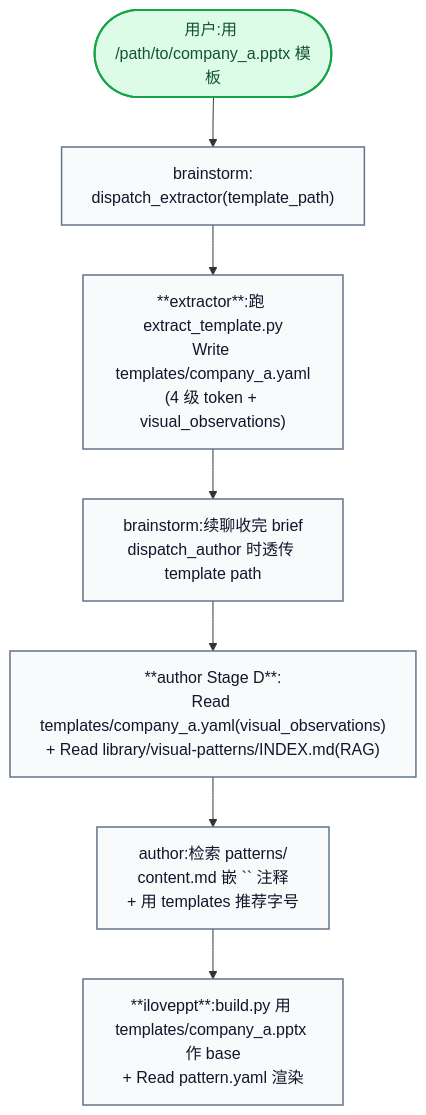
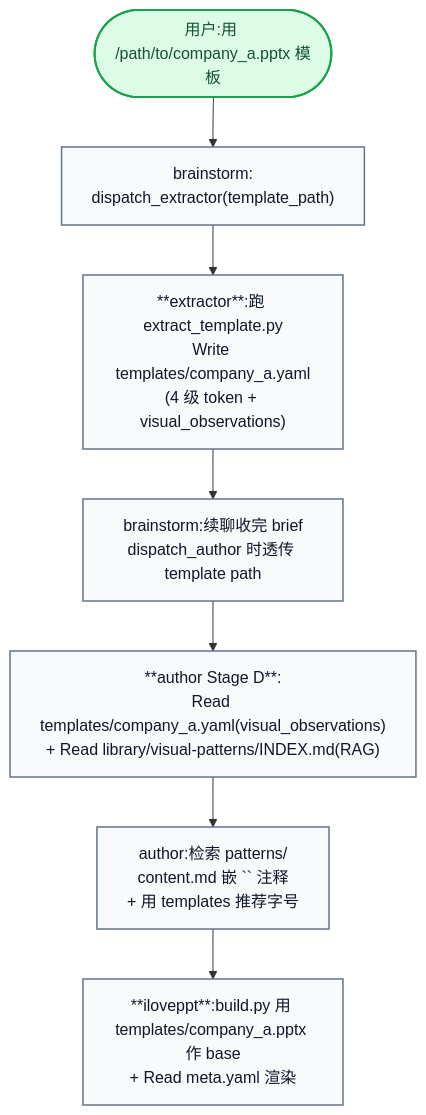
Before and after one commit to rogerluo2016ROL/iLovePPT: the third of 12 diagrams in docs/agent-internals.zh.md, drawn with Mermaid. The commit also changed other lines of this file and 2 other files, not shown here.

Commit message:
chore(sweep): library/visual-patterns/patterns → items + pattern.yaml → meta.yaml

````diff
--- a/docs/agent-internals.zh.md
+++ b/docs/agent-internals.zh.md
@@ -242,17 +242,17 @@
 ```mermaid
 flowchart TB
     U([用户:用 /path/to/company_a.pptx 模板])
     BS["brainstorm:<br/>dispatch_extractor(template_path)"]
     EX["**extractor**:跑 extract_template.py<br/>Write templates/company_a.yaml<br/>(4 级 token + visual_observations)"]
     BS2["brainstorm:续聊收完 brief<br/>dispatch_author 时透传 template path"]
     AD["**author Stage D**:<br/>Read templates/company_a.yaml(visual_observations)<br/>+ Read library/visual-patterns/INDEX.md(RAG)"]
     A2["author:检索 patterns/<id><br/>content.md 嵌 `<!-- pattern -->` 注释<br/>+ 用 templates 推荐字号"]
-    BD["**iloveppt**:build.py 用 templates/company_a.pptx 作 base<br/>+ Read pattern.yaml 渲染"]
+    BD["**iloveppt**:build.py 用 templates/company_a.pptx 作 base<br/>+ Read meta.yaml 渲染"]
 
     U --> BS --> EX --> BS2 --> AD --> A2 --> BD
 
     classDef io fill:#DCFCE7,stroke:#16A34A,stroke-width:2px,color:#14532D
     classDef agent fill:#F8FAFC,stroke:#64748B,stroke-width:1.5px,color:#0F172A
     class U io
     class BS,EX,BS2,AD,A2,BD agent
 ```
````
